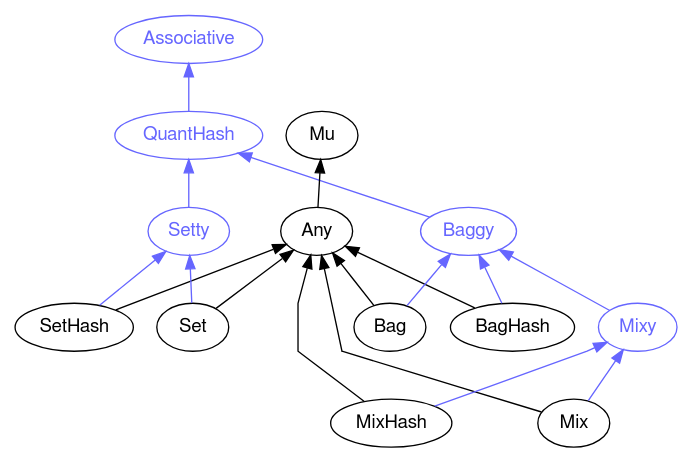
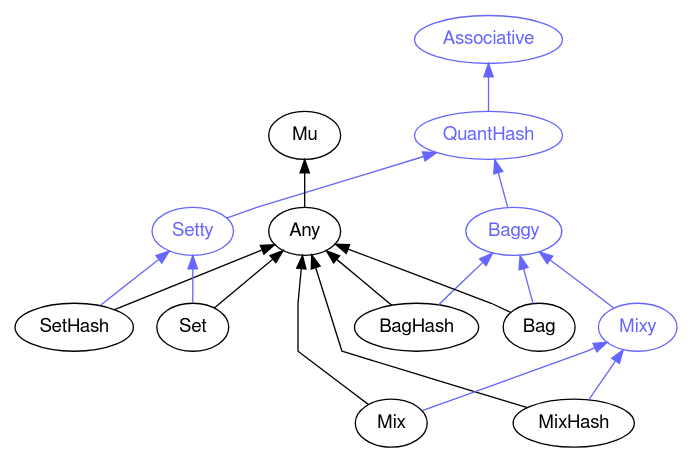
Before and after one commit to perl6docs/perl6docs.github.io: the diagram in images/type-graph-QuantHash.svg.dot, drawn with Graphviz. The commit also changed other lines of this file and 4350 other files, not shown here.

```diff
--- a/images/type-graph-QuantHash.svg.dot
+++ b/images/type-graph-QuantHash.svg.dot
@@ -1,40 +1,40 @@
 digraph "perl6-type-graph" {
     rankdir=BT;
     splines=polyline;
     overlap=false; 
     // Types
     "QuantHash" [color="#6666FF", fontcolor="#6666FF", href="/type/QuantHash", fontname="FreeSans"];
     "Associative" [color="#6666FF", fontcolor="#6666FF", href="/type/Associative", fontname="FreeSans"];
+    "Baggy" [color="#6666FF", fontcolor="#6666FF", href="/type/Baggy", fontname="FreeSans"];
     "Setty" [color="#6666FF", fontcolor="#6666FF", href="/type/Setty", fontname="FreeSans"];
-    "Baggy" [color="#6666FF", fontcolor="#6666FF", href="/type/Baggy", fontname="FreeSans"];
     "Mu" [color="#000000", fontcolor="#000000", href="/type/Mu", fontname="FreeSans"];
     "Any" [color="#000000", fontcolor="#000000", href="/type/Any", fontname="FreeSans"];
+    "BagHash" [color="#000000", fontcolor="#000000", href="/type/BagHash", fontname="FreeSans"];
+    "Bag" [color="#000000", fontcolor="#000000", href="/type/Bag", fontname="FreeSans"];
+    "Mixy" [color="#6666FF", fontcolor="#6666FF", href="/type/Mixy", fontname="FreeSans"];
     "SetHash" [color="#000000", fontcolor="#000000", href="/type/SetHash", fontname="FreeSans"];
     "Set" [color="#000000", fontcolor="#000000", href="/type/Set", fontname="FreeSans"];
-    "Mixy" [color="#6666FF", fontcolor="#6666FF", href="/type/Mixy", fontname="FreeSans"];
-    "BagHash" [color="#000000", fontcolor="#000000", href="/type/BagHash", fontname="FreeSans"];
-    "Bag" [color="#000000", fontcolor="#000000", href="/type/Bag", fontname="FreeSans"];
+    "MixHash" [color="#000000", fontcolor="#000000", href="/type/MixHash", fontname="FreeSans"];
     "Mix" [color="#000000", fontcolor="#000000", href="/type/Mix", fontname="FreeSans"];
-    "MixHash" [color="#000000", fontcolor="#000000", href="/type/MixHash", fontname="FreeSans"];
 
     // Superclasses
     "Any" -> "Mu" [color="#000000"];
+    "BagHash" -> "Any" [color="#000000"];
+    "Bag" -> "Any" [color="#000000"];
     "SetHash" -> "Any" [color="#000000"];
     "Set" -> "Any" [color="#000000"];
-    "BagHash" -> "Any" [color="#000000"];
-    "Bag" -> "Any" [color="#000000"];
+    "MixHash" -> "Any" [color="#000000"];
     "Mix" -> "Any" [color="#000000"];
-    "MixHash" -> "Any" [color="#000000"];
 
     // Roles
     "QuantHash" -> "Associative" [color="#6666FF"];
+    "Baggy" -> "QuantHash" [color="#6666FF"];
     "Setty" -> "QuantHash" [color="#6666FF"];
-    "Baggy" -> "QuantHash" [color="#6666FF"];
+    "BagHash" -> "Baggy" [color="#6666FF"];
+    "Bag" -> "Baggy" [color="#6666FF"];
+    "Mixy" -> "Baggy" [color="#6666FF"];
     "SetHash" -> "Setty" [color="#6666FF"];
     "Set" -> "Setty" [color="#6666FF"];
-    "Mixy" -> "Baggy" [color="#6666FF"];
-    "BagHash" -> "Baggy" [color="#6666FF"];
-    "Bag" -> "Baggy" [color="#6666FF"];
+    "MixHash" -> "Mixy" [color="#6666FF"];
     "Mix" -> "Mixy" [color="#6666FF"];
-    "MixHash" -> "Mixy" [color="#6666FF"];
 }
```
